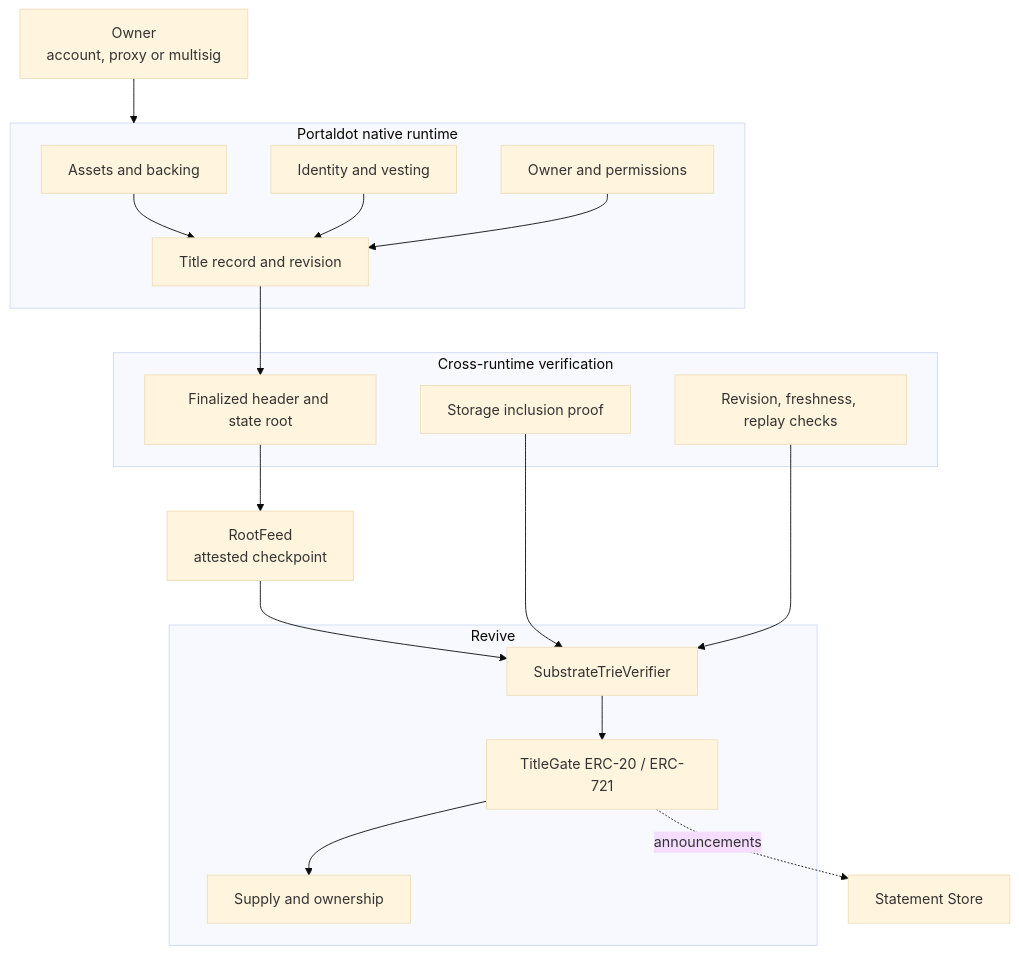
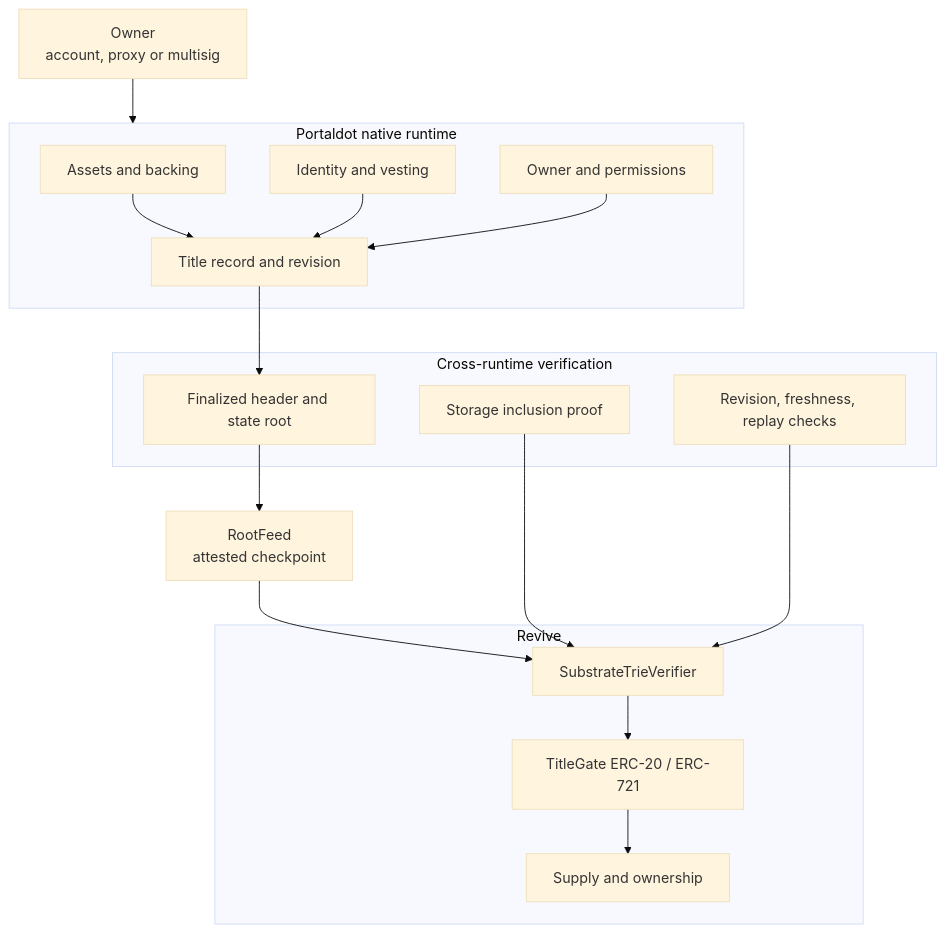
Before and after one commit to subheeksh5599/lemo: the diagram in README.md, drawn with Mermaid (base theme). The commit also changed other lines of this file, not shown here.

````diff
--- a/README.md
+++ b/README.md
@@ -99,38 +111,37 @@
 ```mermaid
 flowchart TB
     OWNER["Owner<br/>account, proxy or multisig"]
 
     subgraph NATIVE["Portaldot native runtime"]
         N1["Assets and backing"]
         N2["Identity and vesting"]
         N3["Owner and permissions"]
         N4["Title record and revision"]
     end
 
     subgraph PROOF["Cross-runtime verification"]
         P1["Finalized header and state root"]
         P2["Storage inclusion proof"]
         P3["Revision, freshness, replay checks"]
     end
 
     subgraph EVM["Revive"]
         E1["TitleGate ERC-20 / ERC-721"]
         E2["SubstrateTrieVerifier"]
         E3["Supply and ownership"]
     end
 
     FEED["RootFeed<br/>attested checkpoint"]
 
     OWNER --> NATIVE
     N1 --> N4
     N2 --> N4
     N3 --> N4
     N4 --> P1
     P1 --> FEED
     FEED --> E2
     P2 --> E2
     P3 --> E2
     E2 --> E1
     E1 --> E3
-    E1 -. "announcements" .-> STORE["Statement Store"]
 ```
````
